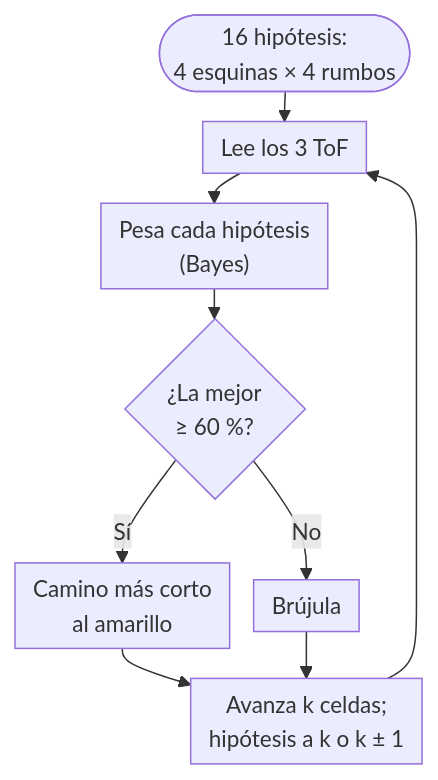
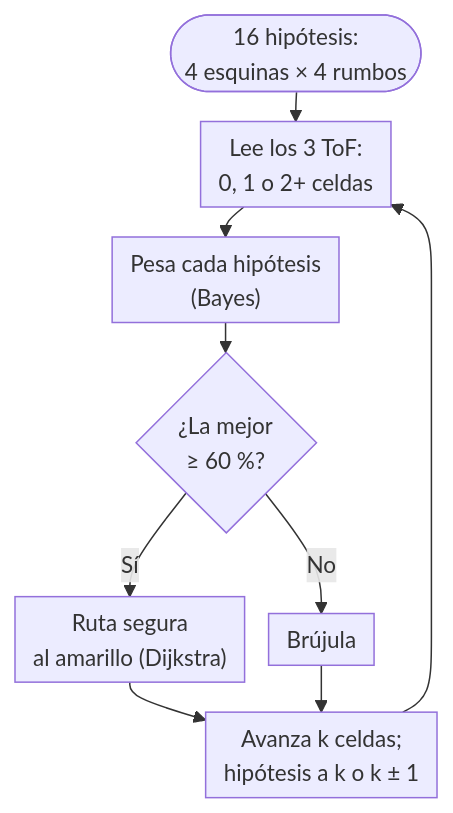
One commit to Happenedspice17/sumo-v-ia changed the third of 3 diagrams in docs/manual_jueces.md. Above: the diagram before and after it, drawn with Mermaid. The commit also changed other lines of this file and 1 other file, not shown here.

````diff
--- a/docs/manual_jueces.md
+++ b/docs/manual_jueces.md
@@ -197,12 +204,12 @@
 ```mermaid
 %%{init: {'flowchart': {'nodeSpacing': 16, 'rankSpacing': 20, 'padding': 6}, 'themeVariables': {'fontSize': '15px'}}}%%
 flowchart TB
-  A(["16 hipótesis:<br/>4 esquinas × 4 rumbos"]) --> B["Lee los 3 ToF"]
+  A(["16 hipótesis:<br/>4 esquinas × 4 rumbos"]) --> B["Lee los 3 ToF:<br/>0, 1 o 2+ celdas"]
   B --> C["Pesa cada hipótesis<br/>(Bayes)"]
   C --> D{"¿La mejor<br/>≥ 60 %?"}
-  D -- Sí --> E["Camino más corto<br/>al amarillo"]
+  D -- Sí --> E["Ruta segura<br/>al amarillo (Dijkstra)"]
   D -- No --> F["Brújula"]
   E --> G["Avanza k celdas;<br/>hipótesis a k o k ± 1"]
   F --> G
   G --> B
 ```
````
